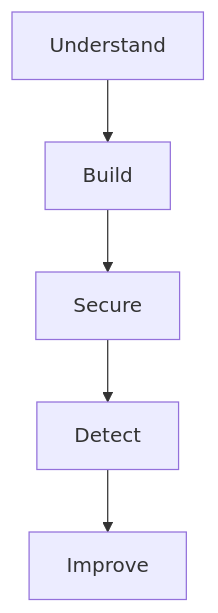
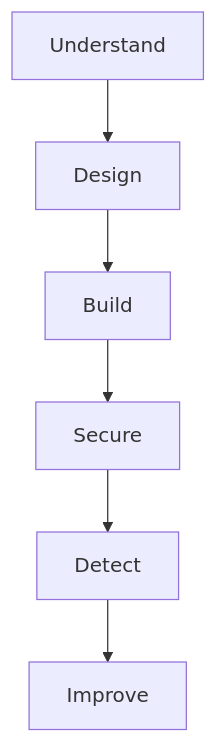
Before and after one commit to lxrider/saas-security-lab: the diagram in ROADMAP.md, drawn with Mermaid. The commit also changed other lines of this file, not shown here.

First line of the commit message:
docs: add design phase before building the MVP

````diff
--- a/ROADMAP.md
+++ b/ROADMAP.md
@@ -5,7 +5,8 @@
 ```mermaid
 flowchart TD
-    A["Understand"] --> B["Build"]
-    B --> C["Secure"]
-    C --> D["Detect"]
-    D --> E["Improve"]
+    A["Understand"] --> B["Design"]
+    B --> C["Build"]
+    C --> D["Secure"]
+    D --> E["Detect"]
+    E --> F["Improve"]
 ```
````
